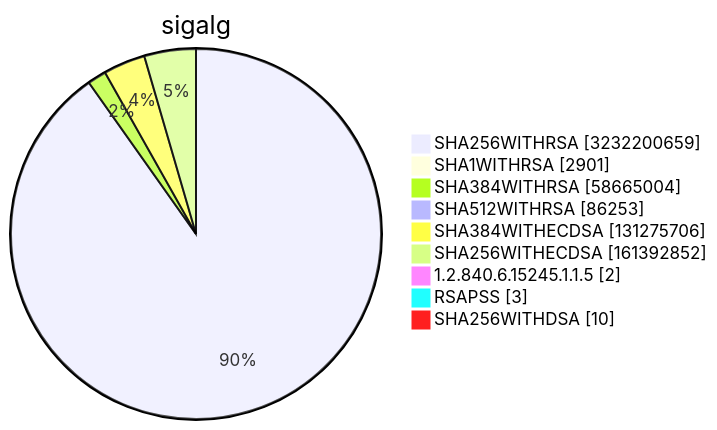
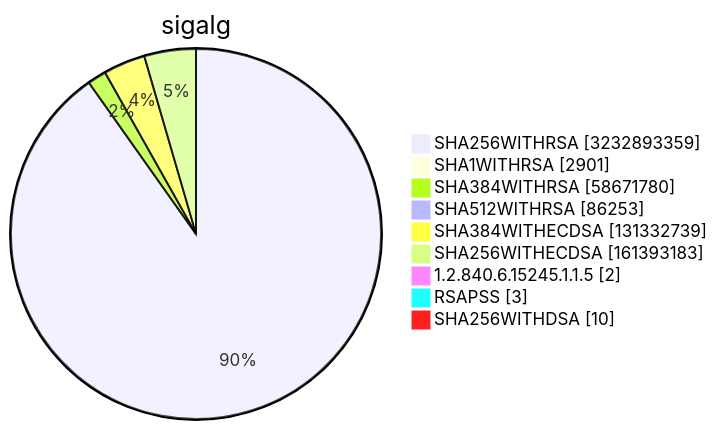
Before and after one commit to christiankrug/ctmonitor_visualization: diagram 15 of 15 in TOTAL/README.md, drawn with Mermaid. The commit also changed other lines of this file, not shown here.

````diff
--- a/TOTAL/README.md
+++ b/TOTAL/README.md
@@ -6217,13 +6217,13 @@
 ```mermaid
 pie showData
 title sigalg
-"SHA256WITHRSA" :3232200659
+"SHA256WITHRSA" :3232893359
 "SHA1WITHRSA" :2901
-"SHA384WITHRSA" :58665004
+"SHA384WITHRSA" :58671780
 "SHA512WITHRSA" :86253
-"SHA384WITHECDSA" :131275706
-"SHA256WITHECDSA" :161392852
+"SHA384WITHECDSA" :131332739
+"SHA256WITHECDSA" :161393183
 "1.2.840.6.15245.1.1.5" :2
 "RSAPSS" :3
 "SHA256WITHDSA" :10
 ```
````
